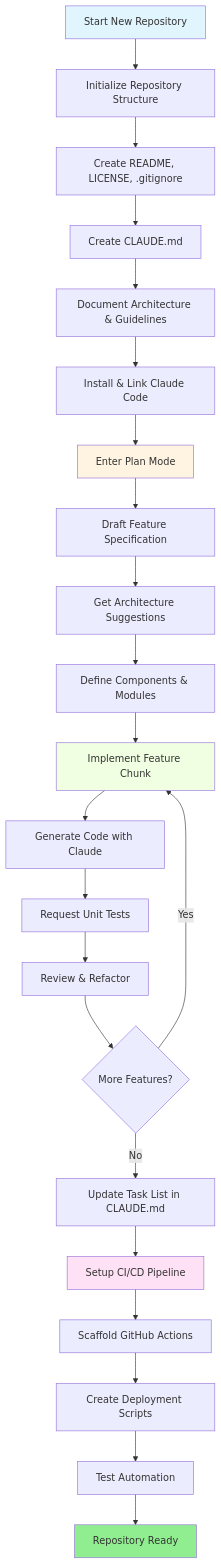
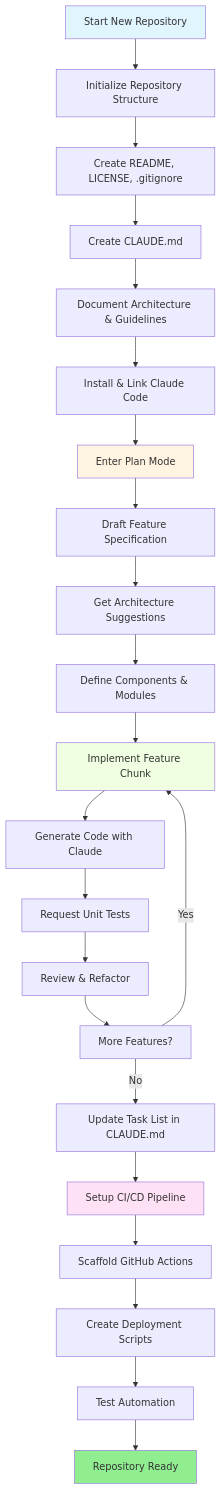
Before and after one commit to Rx782-Fss/claude-howto-zh: the first of 2 diagrams in claude-howto-zh/resources.md, drawn with Mermaid. The commit also changed other lines of this file and 8 other files, not shown here.

First line of the commit message:
fix: 清除所有 Mermaid 内的 GitHub 不兼容内容

````diff
--- a/claude-howto-zh/resources.md
+++ b/claude-howto-zh/resources.md
@@ -169,64 +169,64 @@
 ```mermaid
 graph TD
 
     A[Start New Repository] --> B[Initialize Repository Structure]
 
     B --> C[Create README, LICENSE, .gitignore]
 
     C --> D[Create CLAUDE.md]
 
     D --> E[Document Architecture & Guidelines]
 
     E --> F[Install & Link Claude Code]
 
 
 
     F --> G[Enter Plan Mode]
 
     G --> H[Draft Feature Specification]
 
     H --> I[Get Architecture Suggestions]
 
     I --> J[Define Components & Modules]
 
 
 
     J --> K[Implement Feature Chunk]
 
     K --> L[Generate Code with Claude]
 
     L --> M[Request Unit Tests]
 
     M --> N[Review & Refactor]
 
-    N --> O{More Features?}
+    N --> O[More Features?]
 
     O -->|Yes| K
 
     O -->|No| P[Update Task List in CLAUDE.md]
 
 
 
     P --> Q[Setup CI/CD Pipeline]
 
     Q --> R[Scaffold GitHub Actions]
 
     R --> S[Create Deployment Scripts]
 
     S --> T[Test Automation]
 
     T --> U[Repository Ready]
 
 
 
     style A fill:#e1f5ff
 
     style G fill:#fff4e1
 
     style K fill:#f0ffe1
 
     style Q fill:#ffe1f5
 
     style U fill:#90EE90
 
 ```
````
